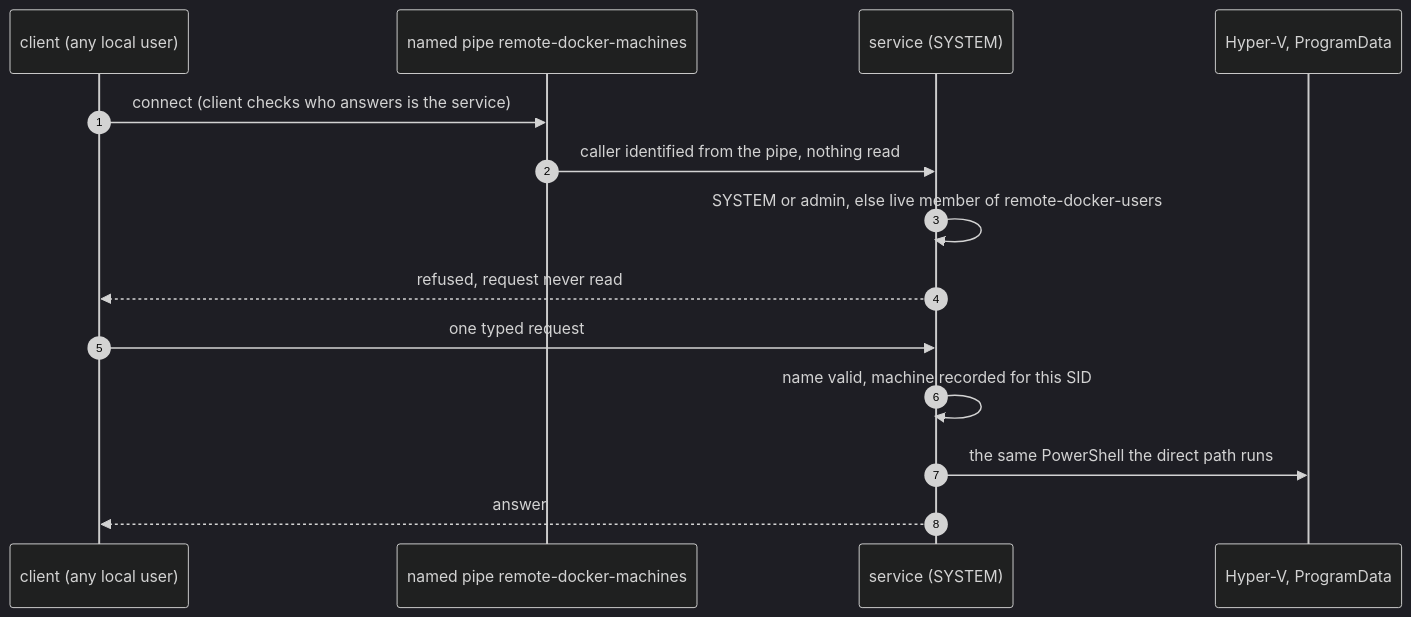
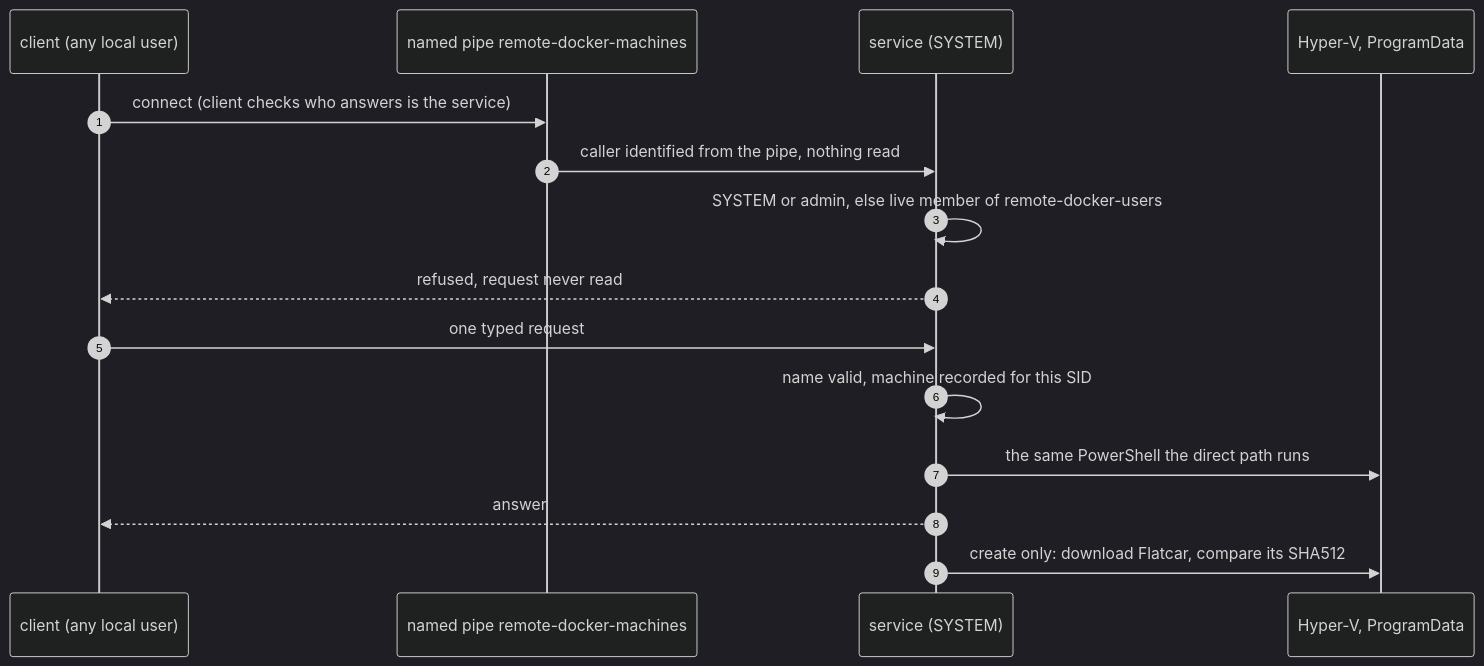
One commit to lhns/remote-docker changed diagram 16 of 19 in docs/threat-model.md. Above: the diagram before and after it, drawn with Mermaid (dark theme). The commit also changed other lines of this file and 3 other files, not shown here.

````diff
--- a/docs/threat-model.md
+++ b/docs/threat-model.md
@@ -1403,17 +1526,18 @@
 ```mermaid
 sequenceDiagram
     autonumber
     participant C as client (any local user)
     participant P as named pipe remote-docker-machines
     participant S as service (SYSTEM)
     participant H as Hyper-V, ProgramData
 
     C->>P: connect (client checks who answers is the service)
     P->>S: caller identified from the pipe, nothing read
     S->>S: SYSTEM or admin, else live member of remote-docker-users
     S-->>C: refused, request never read
     C->>S: one typed request
     S->>S: name valid, machine recorded for this SID
     S->>H: the same PowerShell the direct path runs
     S-->>C: answer
+    S->>H: create only: download Flatcar, compare its SHA512
 ```
````
